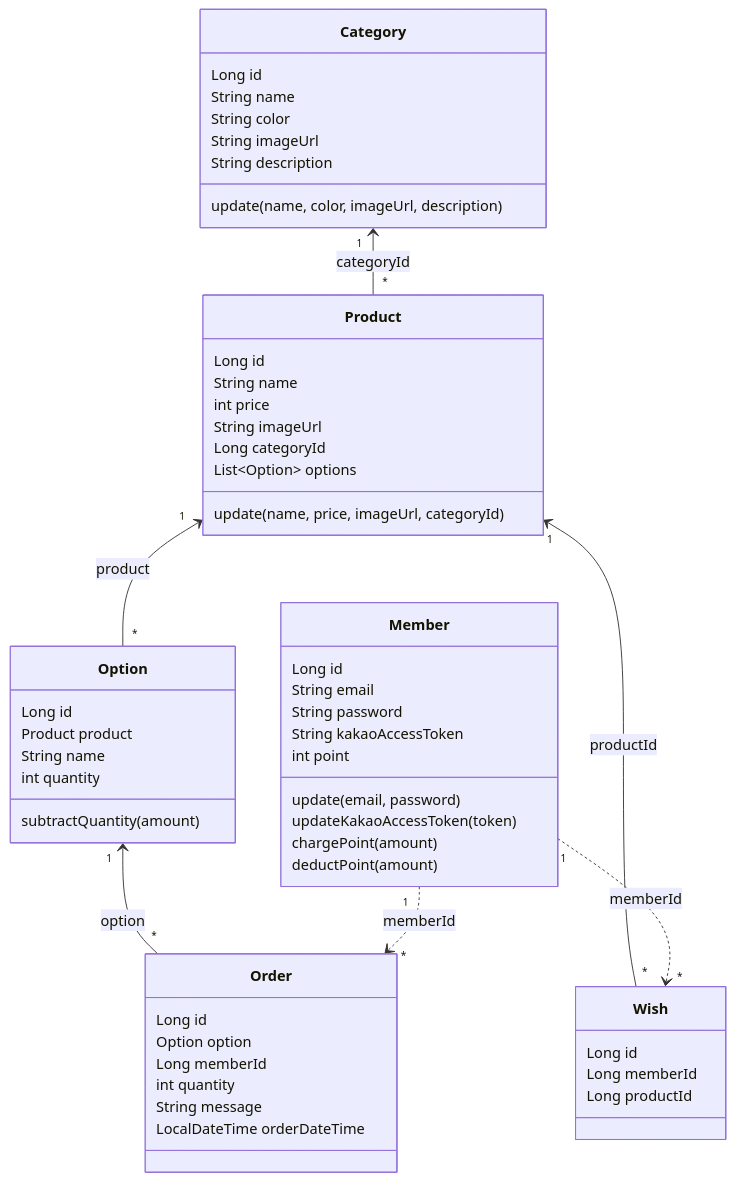
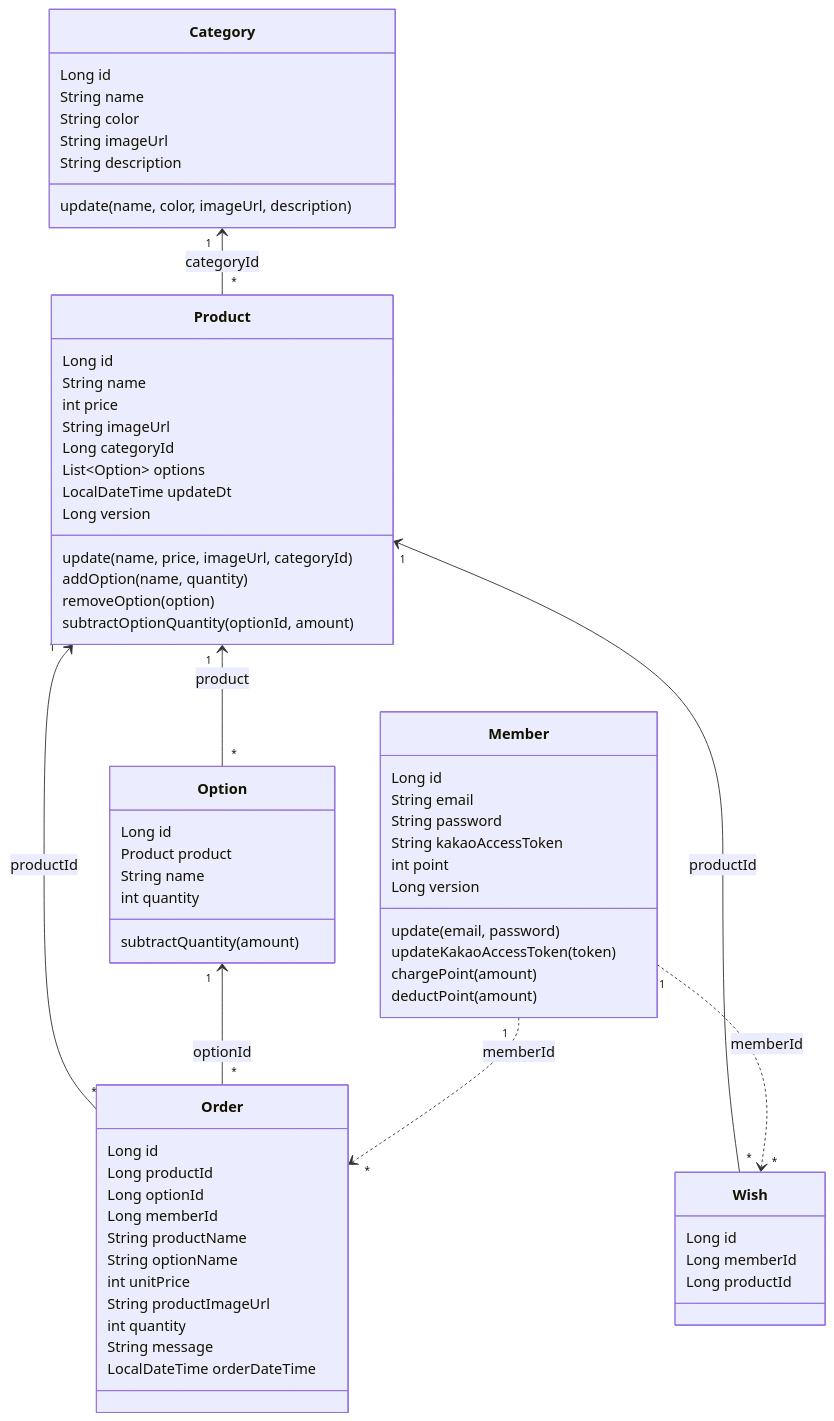
Before and after one commit to tongnamuu/spring-gift: the first of 2 diagrams in docs/object-modeling-current-state.md, drawn with Mermaid. The commit also changed other lines of this file and 25 other files, not shown here.

First line of the commit message:
refactor: route order creation through product root

````diff
--- a/docs/object-modeling-current-state.md
+++ b/docs/object-modeling-current-state.md
@@ -32,63 +32,75 @@
 ```mermaid
 classDiagram
     class Category {
         Long id
         String name
         String color
         String imageUrl
         String description
         update(name, color, imageUrl, description)
     }
 
     class Product {
         Long id
         String name
         int price
         String imageUrl
         Long categoryId
         List~Option~ options
+        LocalDateTime updateDt
+        Long version
         update(name, price, imageUrl, categoryId)
+        addOption(name, quantity)
+        removeOption(option)
+        subtractOptionQuantity(optionId, amount)
     }
 
     class Option {
         Long id
         Product product
         String name
         int quantity
         subtractQuantity(amount)
     }
 
     class Member {
         Long id
         String email
         String password
         String kakaoAccessToken
         int point
+        Long version
         update(email, password)
         updateKakaoAccessToken(token)
         chargePoint(amount)
         deductPoint(amount)
     }
 
     class Wish {
         Long id
         Long memberId
         Long productId
     }
 
     class Order {
         Long id
-        Option option
+        Long productId
+        Long optionId
         Long memberId
+        String productName
+        String optionName
+        int unitPrice
+        String productImageUrl
         int quantity
         String message
         LocalDateTime orderDateTime
     }
 
     Category "1" <-- "*" Product : categoryId
     Product "1" <-- "*" Option : product
     Product "1" <-- "*" Wish : productId
-    Option "1" <-- "*" Order : option
+    Product "1" <-- "*" Order : productId
+    Option "1" <-- "*" Order : optionId
     Member "1" ..> "*" Wish : memberId
     Member "1" ..> "*" Order : memberId
 ```
````
